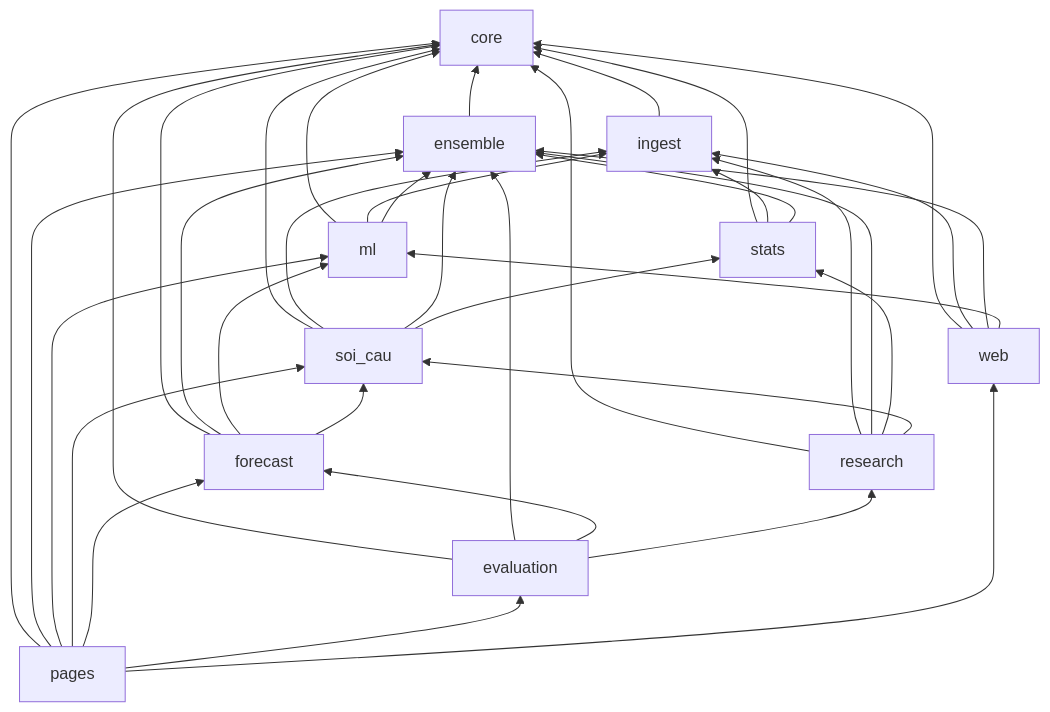
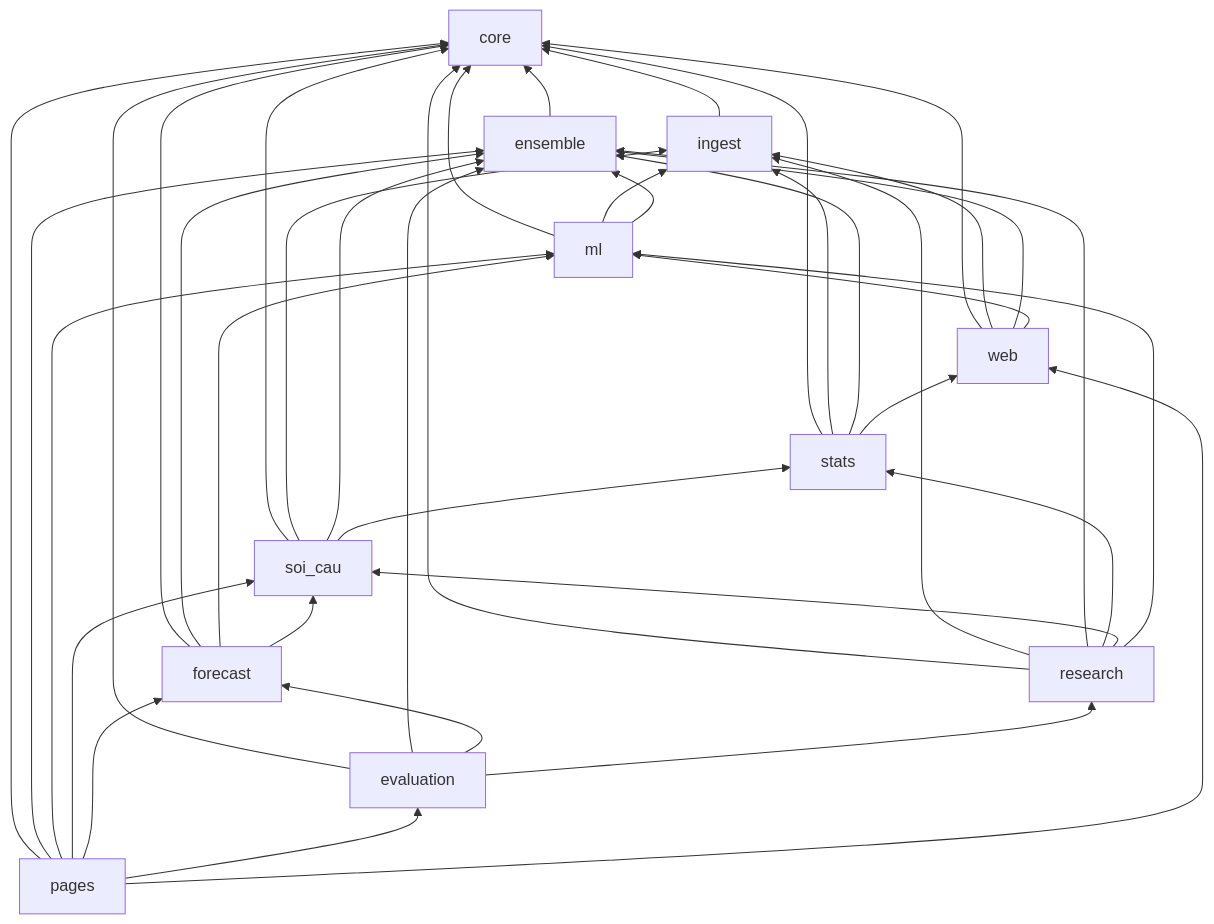
Before and after one commit to beuvivu/VLA: the diagram in documentation/architecture/2026-10-23-bo-cuc-src.md, drawn with Mermaid. The commit also changed other lines of this file and 240 other files, not shown here.

First line of the commit message:
src/: gom templates, assets vào web; chỉ core.paths ghép đường dẫn lên src

````diff
--- a/documentation/architecture/2026-10-23-bo-cuc-src.md
+++ b/documentation/architecture/2026-10-23-bo-cuc-src.md
@@ -62,13 +66,13 @@
 ```mermaid
 graph BT
   ingest --> core
   ensemble --> core
-  stats --> core & ingest & ensemble
+  stats --> core & ingest & ensemble & web
   soi_cau --> core & ingest & ensemble & stats
   ml --> core & ingest & ensemble
-  research --> core & ingest & ensemble & stats & soi_cau
+  research --> core & ingest & ensemble & stats & soi_cau & ml
   forecast --> core & ensemble & ml & soi_cau
   evaluation --> core & ensemble & forecast & research
   web --> core & ingest & ensemble & ml
   pages --> core & ensemble & ml & soi_cau & forecast & evaluation & web
 ```
````
